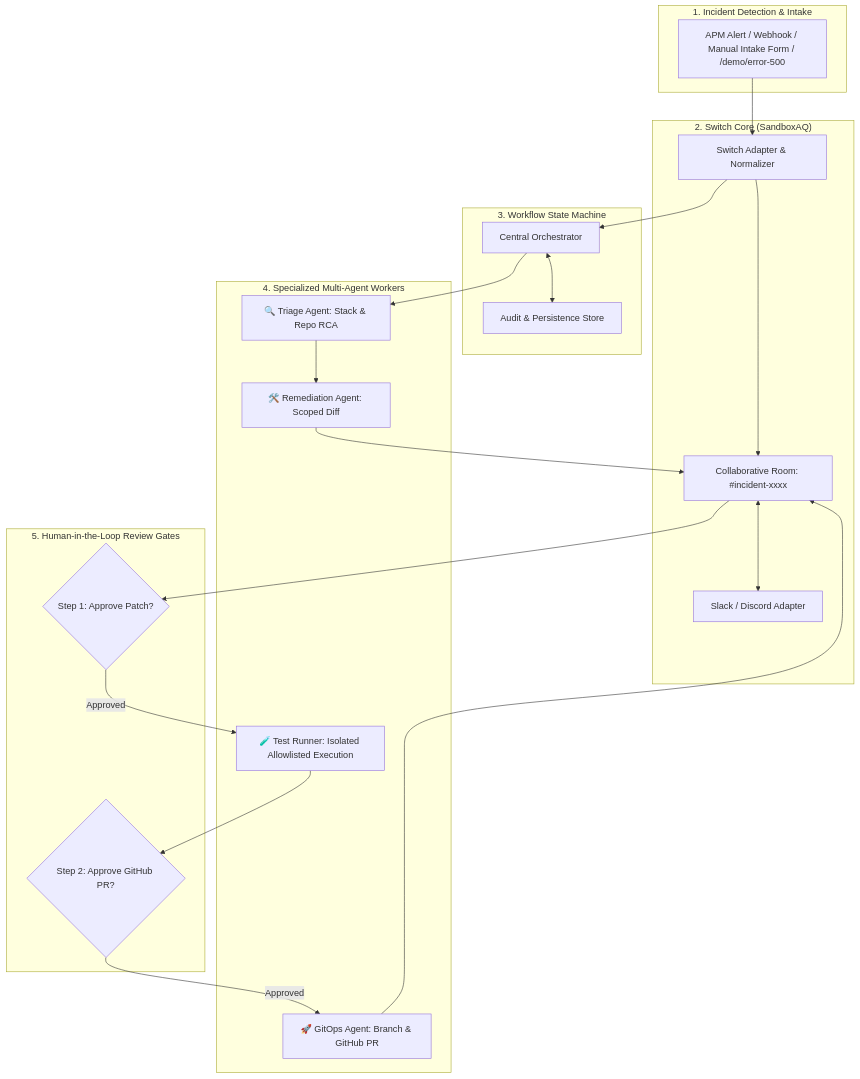
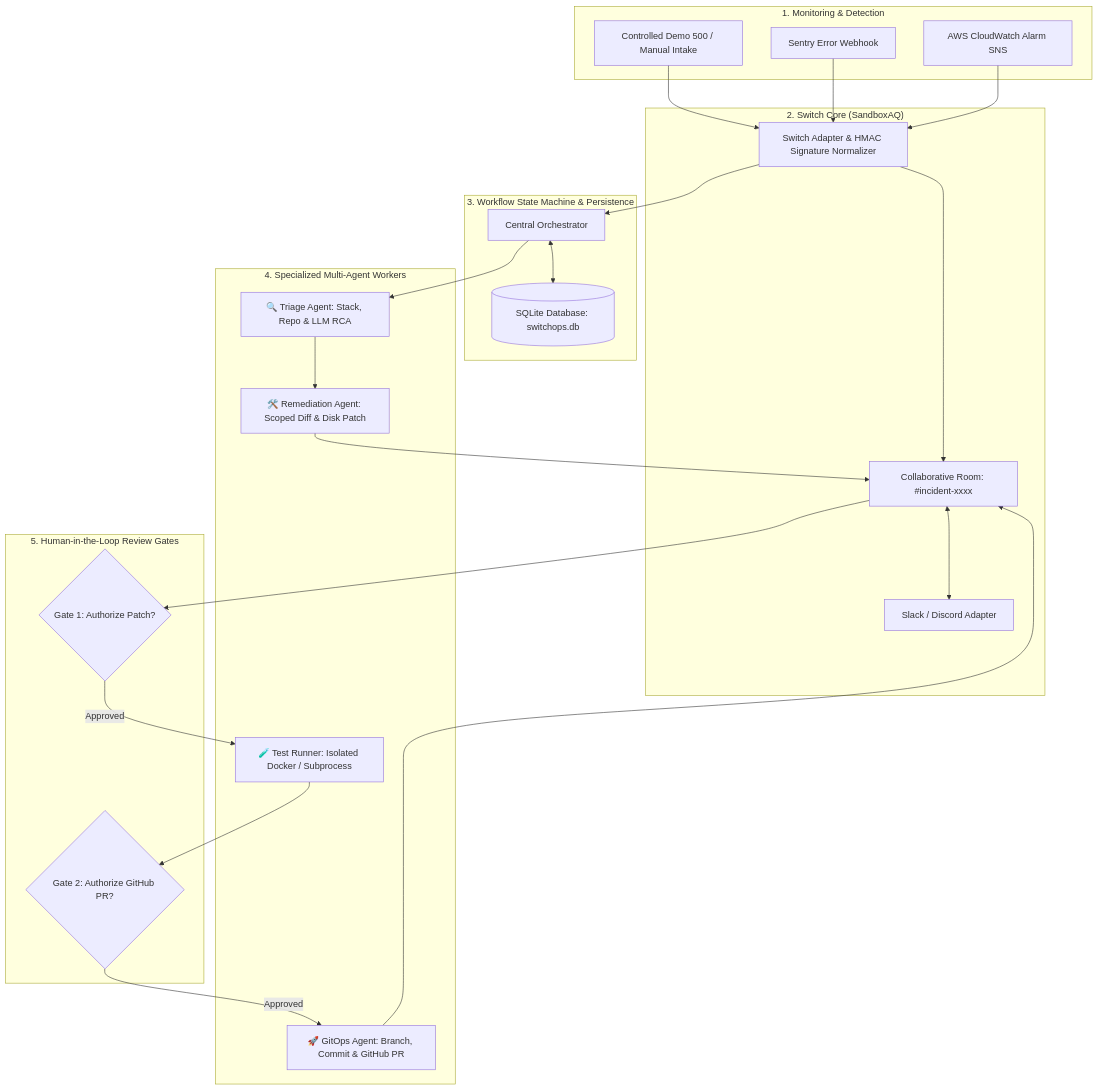
Before and after one commit to abhroniljash/SwitchOps: the diagram in README.md, drawn with Mermaid. The commit also changed other lines of this file and 19 other files, not shown here.

Commit message:
feat: complete all P0, P1, and P2 improvements (SQLite persistence, LLM client, monitoring webhooks, isolated test runner, real git branches/PRs, security controls, and cockpit UI)

````diff
--- a/README.md
+++ b/README.md
@@ -52,43 +53,47 @@
 ```mermaid
 flowchart TD
-    subgraph Detection ["1. Incident Detection & Intake"]
-        A[APM Alert / Webhook / Manual Intake Form / /demo/error-500]
+    subgraph Detection ["1. Monitoring & Detection"]
+        A[Controlled Demo 500 / Manual Intake]
+        B[Sentry Error Webhook]
+        C[AWS CloudWatch Alarm SNS]
     end
 
     subgraph SwitchBridge ["2. Switch Core (SandboxAQ)"]
-        B[Switch Adapter & Normalizer]
-        C[Collaborative Room: #incident-xxxx]
-        D[Slack / Discord Adapter]
+        D[Switch Adapter & HMAC Signature Normalizer]
+        E[Collaborative Room: #incident-xxxx]
+        F[Slack / Discord Adapter]
     end
 
-    subgraph Orchestrator ["3. Workflow State Machine"]
-        E[Central Orchestrator]
-        F[Audit & Persistence Store]
+    subgraph Orchestrator ["3. Workflow State Machine & Persistence"]
+        G[Central Orchestrator]
+        H[(SQLite Database: switchops.db)]
     end
 
     subgraph Agents ["4. Specialized Multi-Agent Workers"]
-        G[🔍 Triage Agent: Stack & Repo RCA]
-        H[🛠️ Remediation Agent: Scoped Diff]
-        I[🧪 Test Runner: Isolated Allowlisted Execution]
-        J[🚀 GitOps Agent: Branch & GitHub PR]
+        I[🔍 Triage Agent: Stack, Repo & LLM RCA]
+        J[🛠️ Remediation Agent: Scoped Diff & Disk Patch]
+        K[🧪 Test Runner: Isolated Docker / Subprocess]
+        L[🚀 GitOps Agent: Branch, Commit & GitHub PR]
     end
 
     subgraph HumanLoop ["5. Human-in-the-Loop Review Gates"]
-        K{Step 1: Approve Patch?}
-        L{Step 2: Approve GitHub PR?}
+        M{Gate 1: Authorize Patch?}
+        N{Gate 2: Authorize GitHub PR?}
     end
 
-    A --> B
-    B --> C
-    C <--> D
-    B --> E
+    A --> D
+    B --> D
+    C --> D
+    D --> E
     E <--> F
-    E --> G
-    G --> H
-    H --> C
-    C --> K
-    K -- "Approved" --> I
-    I --> L
-    L -- "Approved" --> J
-    J --> C
+    D --> G
+    G <--> H
+    G --> I
+    I --> J
+    J --> E
+    E --> M
+    M -- "Approved" --> K
+    K --> N
+    N -- "Approved" --> L
+    L --> E
 ```
````
